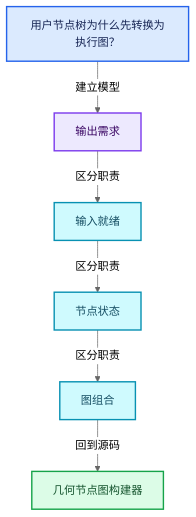
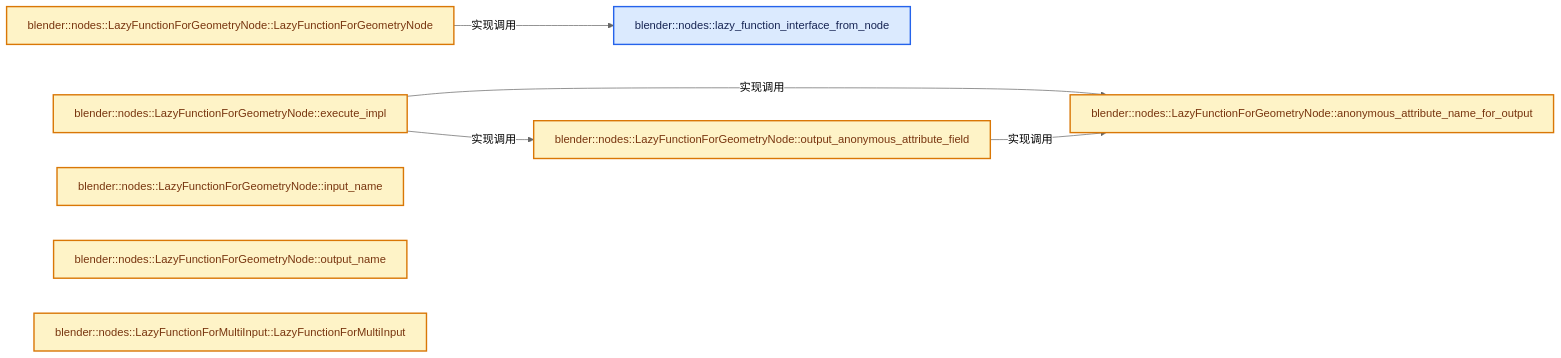
The second of 4 diagrams in 杂/markdown/全面学习-codex/09-LazyFunction与节点执行架构/09-几何节点图构建器.md (yunkezengren/blender-.vscode), drawn with Mermaid (neutral theme) before and after one commit. The commit also changed other lines of this file and 1930 other files, not shown here.

````diff
--- a/杂/markdown/全面学习-codex/09-LazyFunction与节点执行架构/09-几何节点图构建器.md
+++ b/杂/markdown/全面学习-codex/09-LazyFunction与节点执行架构/09-几何节点图构建器.md
@@ -60,20 +46,21 @@
 ```mermaid
-flowchart TB
-  Q["用户节点树为什么先转换为执行图？"]:::input
-  C0["输出需求"]:::abstraction
-  C1["输入就绪"]:::data
-  C2["节点状态"]:::data
-  C3["图组合"]:::data
-  R["几何节点图构建器"]:::result
-  Q -->|"建立模型"| C0
-  C0 -->|"区分职责"| C1
-  C1 -->|"区分职责"| C2
-  C2 -->|"区分职责"| C3
-  C3 -->|"回到源码"| R
+flowchart LR
+  F0["blender::nodes::lazy_function_interface_from_node"]:::input
+  F1["blender::nodes::LazyFunctionForGeometryNode::LazyFunctionForGeometryNode"]:::compute
+  F2["blender::nodes::LazyFunctionForGeometryNode::execute_impl"]:::compute
+  F3["blender::nodes::LazyFunctionForGeometryNode::input_name"]:::compute
+  F4["blender::nodes::LazyFunctionForGeometryNode::output_name"]:::compute
+  F5["blender::nodes::LazyFunctionForGeometryNode::output_anonymous_attribute_field"]:::compute
+  F6["blender::nodes::LazyFunctionForGeometryNode::anonymous_attribute_name_for_output"]:::compute
+  F7["blender::nodes::LazyFunctionForMultiInput::LazyFunctionForMultiInput"]:::compute
+  F1 -->|"实现调用"| F0
+  F2 -->|"实现调用"| F5
+  F2 -->|"实现调用"| F6
+  F5 -->|"实现调用"| F6
   classDef input fill:#DBEAFE,stroke:#2563EB,color:#172554,stroke-width:2px;
   classDef data fill:#CFFAFE,stroke:#0891B2,color:#164E63,stroke-width:2px;
   classDef abstraction fill:#EDE9FE,stroke:#7C3AED,color:#3B0764,stroke-width:2px;
   classDef compute fill:#FEF3C7,stroke:#D97706,color:#78350F,stroke-width:2px;
   classDef result fill:#DCFCE7,stroke:#16A34A,color:#14532D,stroke-width:2px;
   classDef error fill:#FEE2E2,stroke:#DC2626,color:#7F1D1D,stroke-width:2px;
 ```
````
